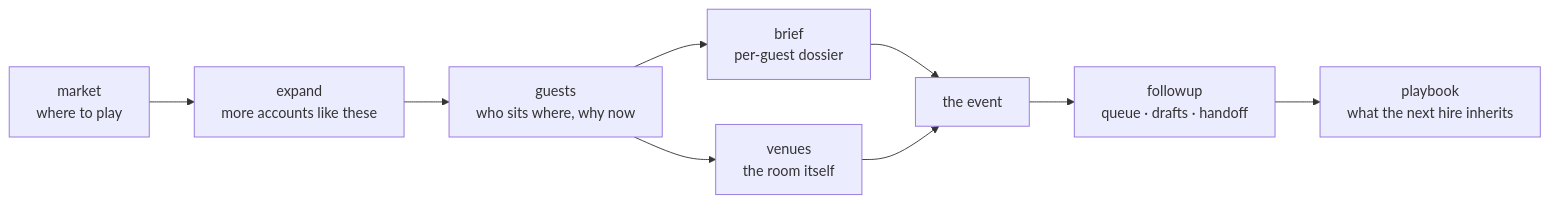
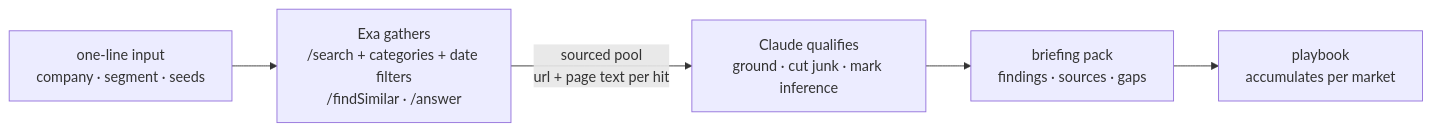
One commit to b1rdmania/field-agent changed the diagram in README.md. Above: the diagram before and after it, drawn with Mermaid. The commit also changed other lines of this file and 2 other files, not shown here.

Commit message:
refocus on research pipelines: competitors command, market focus core, events as add-ons

````diff
--- a/README.md
+++ b/README.md
@@ -32,11 +38,7 @@
 ```mermaid
 flowchart LR
-    M["market\nwhere to play"] --> X["expand\nmore accounts like these"]
-    X --> G["guests\nwho sits where, why now"]
-    G --> B["brief\nper-guest dossier"]
-    G --> V["venues\nthe room itself"]
-    B --> E["the event"]
-    V --> E
-    E --> F["followup\nqueue · drafts · handoff"]
-    F --> P["playbook\nwhat the next hire inherits"]
+    A["one-line input\ncompany · segment · seeds"] --> B["Exa gathers\n/search + categories + date filters\n/findSimilar · /answer"]
+    B -- "sourced pool\nurl + page text per hit" --> C["Claude qualifies\nground · cut junk · mark inference"]
+    C --> D["briefing pack\nfindings · sources · gaps"]
+    D --> P["playbook\naccumulates per market"]
 ```
````
